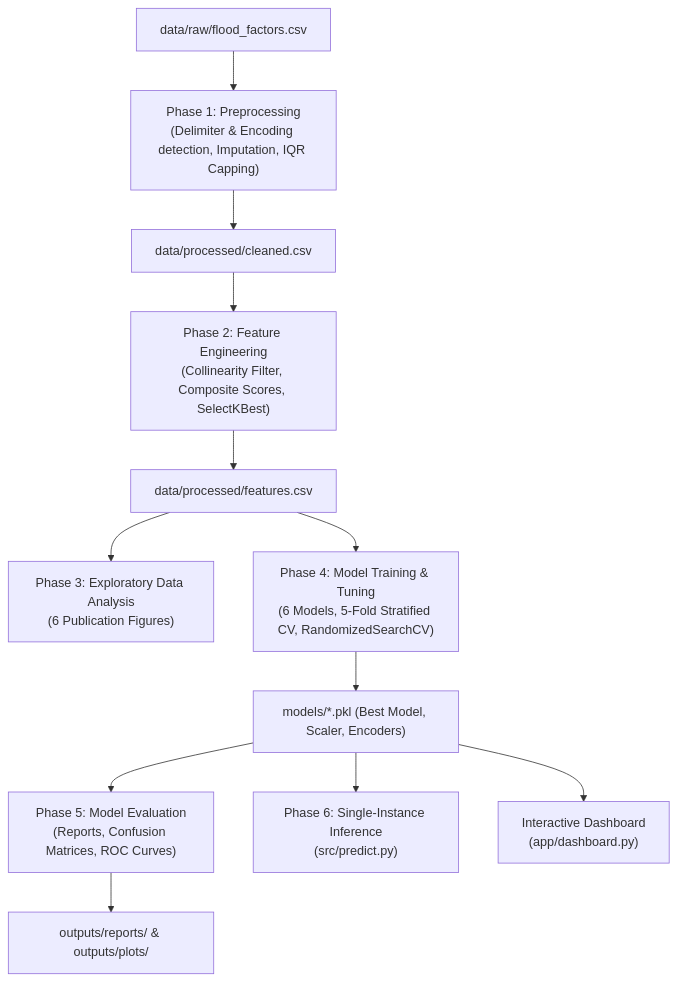
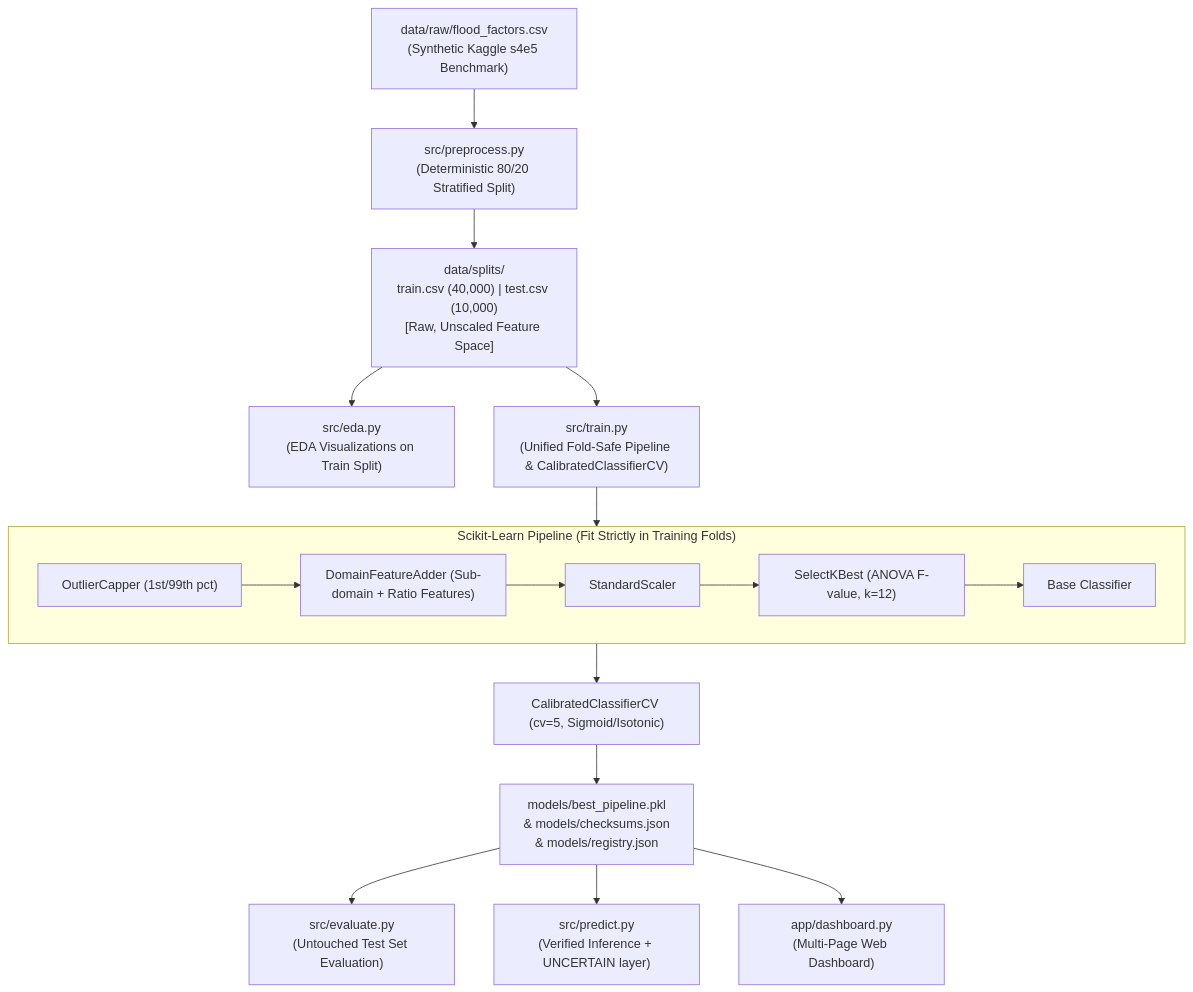
One commit to kumaranpy/flood_risk_prediction changed the diagram in README.md. Above: the diagram before and after it, drawn with Mermaid. The commit also changed other lines of this file and 53 other files, not shown here.

````diff
--- a/README.md
+++ b/README.md
@@ -28,14 +32,19 @@
 ```mermaid
 graph TD
-    Raw["data/raw/flood_factors.csv"] --> Preprocess["Phase 1: Preprocessing<br/>(Delimiter & Encoding detection, Imputation, IQR Capping)"]
-    Preprocess --> Cleaned["data/processed/cleaned.csv"]
-    Cleaned --> Features["Phase 2: Feature Engineering<br/>(Collinearity Filter, Composite Scores, SelectKBest)"]
-    Features --> FeatMatrix["data/processed/features.csv"]
-    FeatMatrix --> EDA["Phase 3: Exploratory Data Analysis<br/>(6 Publication Figures)"]
-    FeatMatrix --> Train["Phase 4: Model Training & Tuning<br/>(6 Models, 5-Fold Stratified CV, RandomizedSearchCV)"]
-    Train --> Models["models/*.pkl (Best Model, Scaler, Encoders)"]
-    Models --> Eval["Phase 5: Model Evaluation<br/>(Reports, Confusion Matrices, ROC Curves)"]
-    Eval --> Outputs["outputs/reports/ & outputs/plots/"]
-    Models --> Predict["Phase 6: Single-Instance Inference<br/>(src/predict.py)"]
-    Models --> Dashboard["Interactive Dashboard<br/>(app/dashboard.py)"]
+    Raw["data/raw/flood_factors.csv<br/>(Synthetic Kaggle s4e5 Benchmark)"] --> Preprocess["src/preprocess.py<br/>(Deterministic 80/20 Stratified Split)"]
+    Preprocess --> Splits["data/splits/<br/>train.csv (40,000) | test.csv (10,000)<br/>[Raw, Unscaled Feature Space]"]
+    Splits --> EDA["src/eda.py<br/>(EDA Visualizations on Train Split)"]
+    Splits --> Train["src/train.py<br/>(Unified Fold-Safe Pipeline & CalibratedClassifierCV)"]
+    subgraph Unified_Pipeline ["Scikit-Learn Pipeline (Fit Strictly in Training Folds)"]
+        Capper["OutlierCapper (1st/99th pct)"] --> Domain["DomainFeatureAdder (Sub-domain + Ratio Features)"]
+        Domain --> Scaler["StandardScaler"]
+        Scaler --> Select["SelectKBest (ANOVA F-value, k=12)"]
+        Select --> Estimator["Base Classifier"]
+    end
+    Train --> Unified_Pipeline
+    Unified_Pipeline --> Calib["CalibratedClassifierCV (cv=5, Sigmoid/Isotonic)"]
+    Calib --> Artifacts["models/best_pipeline.pkl<br/>& models/checksums.json<br/>& models/registry.json"]
+    Artifacts --> Eval["src/evaluate.py<br/>(Untouched Test Set Evaluation)"]
+    Artifacts --> Predict["src/predict.py<br/>(Verified Inference + UNCERTAIN layer)"]
+    Artifacts --> Dashboard["app/dashboard.py<br/>(Multi-Page Web Dashboard)"]
 ```
````
